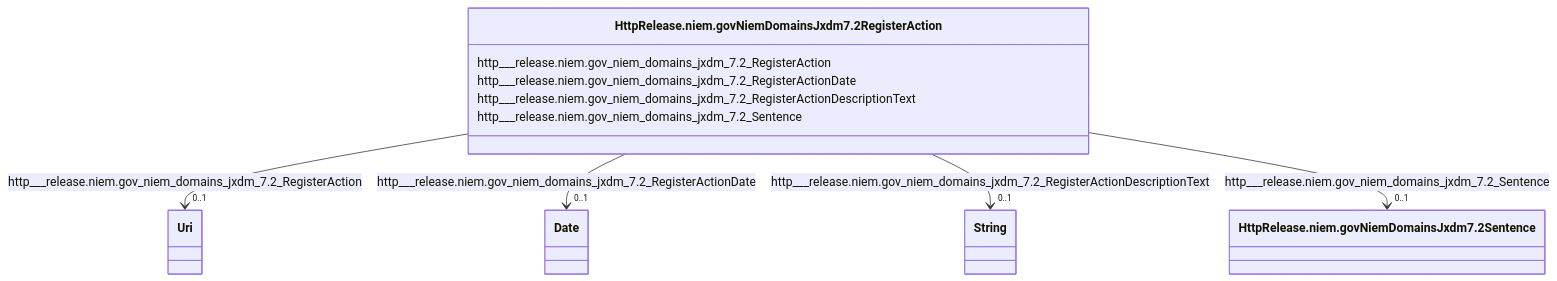
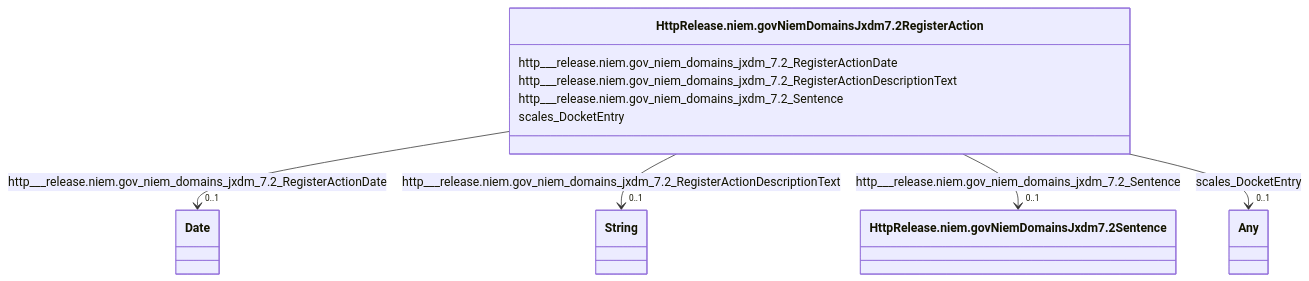
The diagram in scales-kg/classes/HttpRelease.niem.govNiemDomainsJxdm7.2RegisterAction.md (frink-okn/graph-descriptions), drawn with Mermaid before and after one commit. The commit also changed other lines of this file and 286 other files, not shown here.

````diff
--- a/scales-kg/classes/HttpRelease.niem.govNiemDomainsJxdm7.2RegisterAction.md
+++ b/scales-kg/classes/HttpRelease.niem.govNiemDomainsJxdm7.2RegisterAction.md
@@ -23,42 +23,42 @@
 ```mermaid
  classDiagram
     class HttpRelease.niem.govNiemDomainsJxdm7.2RegisterAction
     click HttpRelease.niem.govNiemDomainsJxdm7.2RegisterAction href "../HttpRelease.niem.govNiemDomainsJxdm7.2RegisterAction"
-      HttpRelease.niem.govNiemDomainsJxdm7.2RegisterAction : http___release.niem.gov_niem_domains_jxdm_7.2_RegisterAction
-        
-          
-    
-    
-    HttpRelease.niem.govNiemDomainsJxdm7.2RegisterAction --> "0..1" Uri : http___release.niem.gov_niem_domains_jxdm_7.2_RegisterAction
-    click Uri href "../Uri"
-
-        
       HttpRelease.niem.govNiemDomainsJxdm7.2RegisterAction : http___release.niem.gov_niem_domains_jxdm_7.2_RegisterActionDate
         
           
     
     
     HttpRelease.niem.govNiemDomainsJxdm7.2RegisterAction --> "0..1" Date : http___release.niem.gov_niem_domains_jxdm_7.2_RegisterActionDate
     click Date href "../Date"
 
         
       HttpRelease.niem.govNiemDomainsJxdm7.2RegisterAction : http___release.niem.gov_niem_domains_jxdm_7.2_RegisterActionDescriptionText
         
           
     
     
     HttpRelease.niem.govNiemDomainsJxdm7.2RegisterAction --> "0..1" String : http___release.niem.gov_niem_domains_jxdm_7.2_RegisterActionDescriptionText
     click String href "../String"
 
         
       HttpRelease.niem.govNiemDomainsJxdm7.2RegisterAction : http___release.niem.gov_niem_domains_jxdm_7.2_Sentence
         
           
     
     
     HttpRelease.niem.govNiemDomainsJxdm7.2RegisterAction --> "0..1" HttpRelease.niem.govNiemDomainsJxdm7.2Sentence : http___release.niem.gov_niem_domains_jxdm_7.2_Sentence
     click HttpRelease.niem.govNiemDomainsJxdm7.2Sentence href "../HttpRelease.niem.govNiemDomainsJxdm7.2Sentence"
 
         
+      HttpRelease.niem.govNiemDomainsJxdm7.2RegisterAction : scales_DocketEntry
+        
+          
+    
+    
+    HttpRelease.niem.govNiemDomainsJxdm7.2RegisterAction --> "0..1" Any : scales_DocketEntry
+    click Any href "../Any"
+
+        
       
 ```
````
